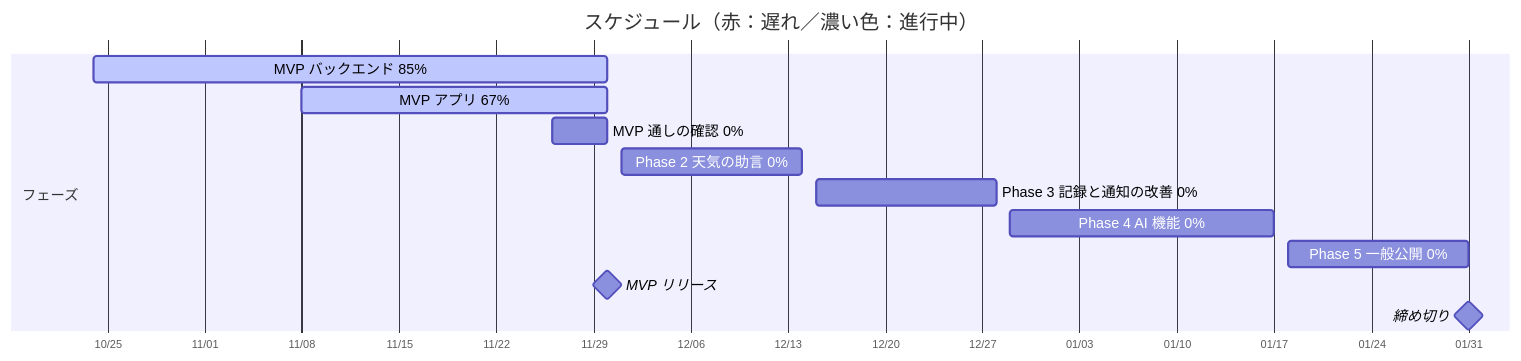
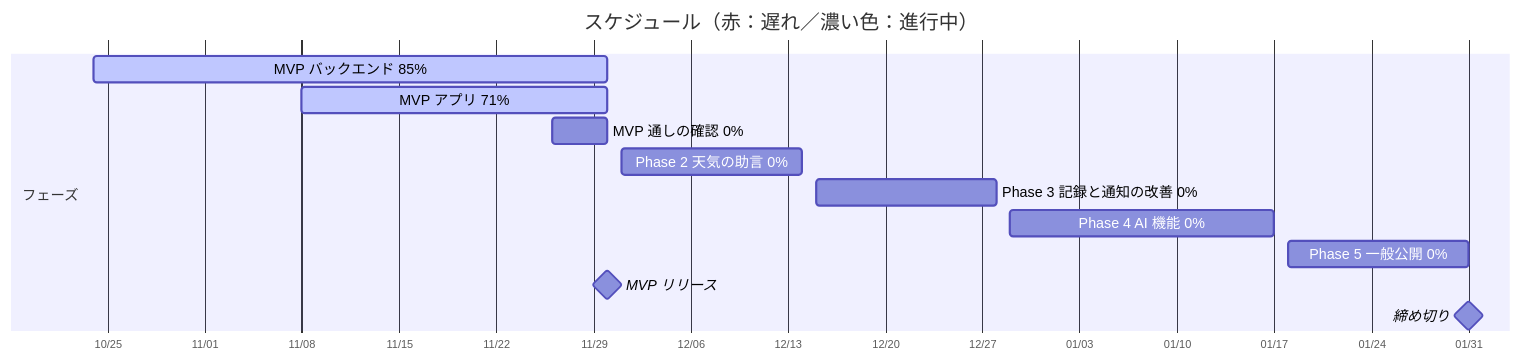
Before and after one commit to ch00z00/uchinokusa: the diagram in README.md, drawn with Mermaid. The commit also changed other lines of this file and 1 other file, not shown here.

````diff
--- a/README.md
+++ b/README.md
@@ -26,17 +26,17 @@
 ```mermaid
 %%{init: {"gantt": {"useWidth": 1400, "useMaxWidth": false, "barHeight": 24, "fontSize": 13, "sectionFontSize": 13}}}%%
 gantt
     title スケジュール（赤：遅れ／濃い色：進行中）
     dateFormat YYYY-MM-DD
     axisFormat %m/%d
     section フェーズ
     MVP バックエンド 85% :active, backend, 2026-10-24, 2026-11-30
-    MVP アプリ 67% :active, app, 2026-11-08, 2026-11-30
+    MVP アプリ 71% :active, app, 2026-11-08, 2026-11-30
     MVP 通しの確認 0% :e2e, 2026-11-26, 2026-11-30
     Phase 2 天気の助言 0% :p2, 2026-12-01, 2026-12-14
     Phase 3 記録と通知の改善 0% :p3, 2026-12-15, 2026-12-28
     Phase 4 AI 機能 0% :p4, 2026-12-29, 2027-01-17
     Phase 5 一般公開 0% :p5, 2027-01-18, 2027-01-31
     MVP リリース :milestone, m0, 2026-11-30, 0d
     締め切り :milestone, deadline, 2027-01-31, 0d
 ```
````
